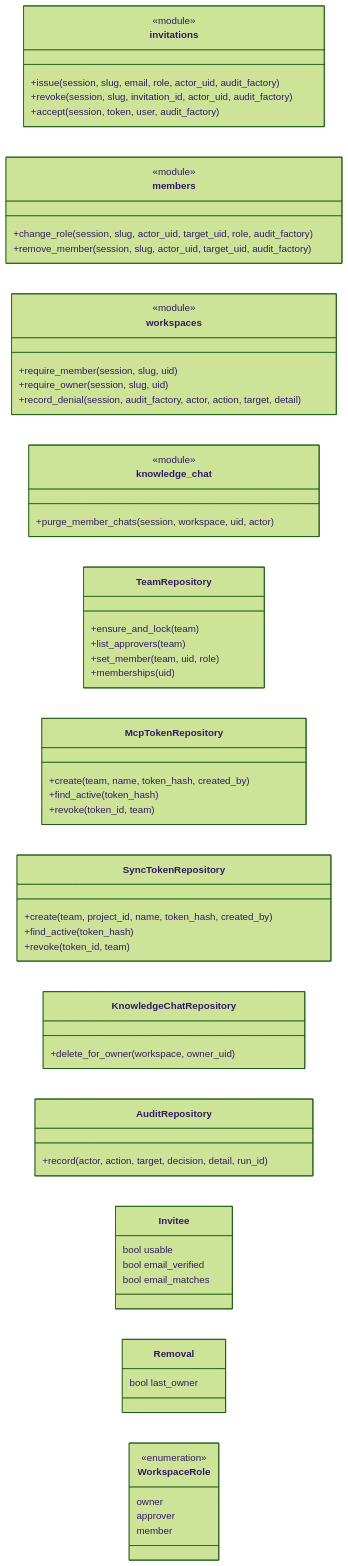
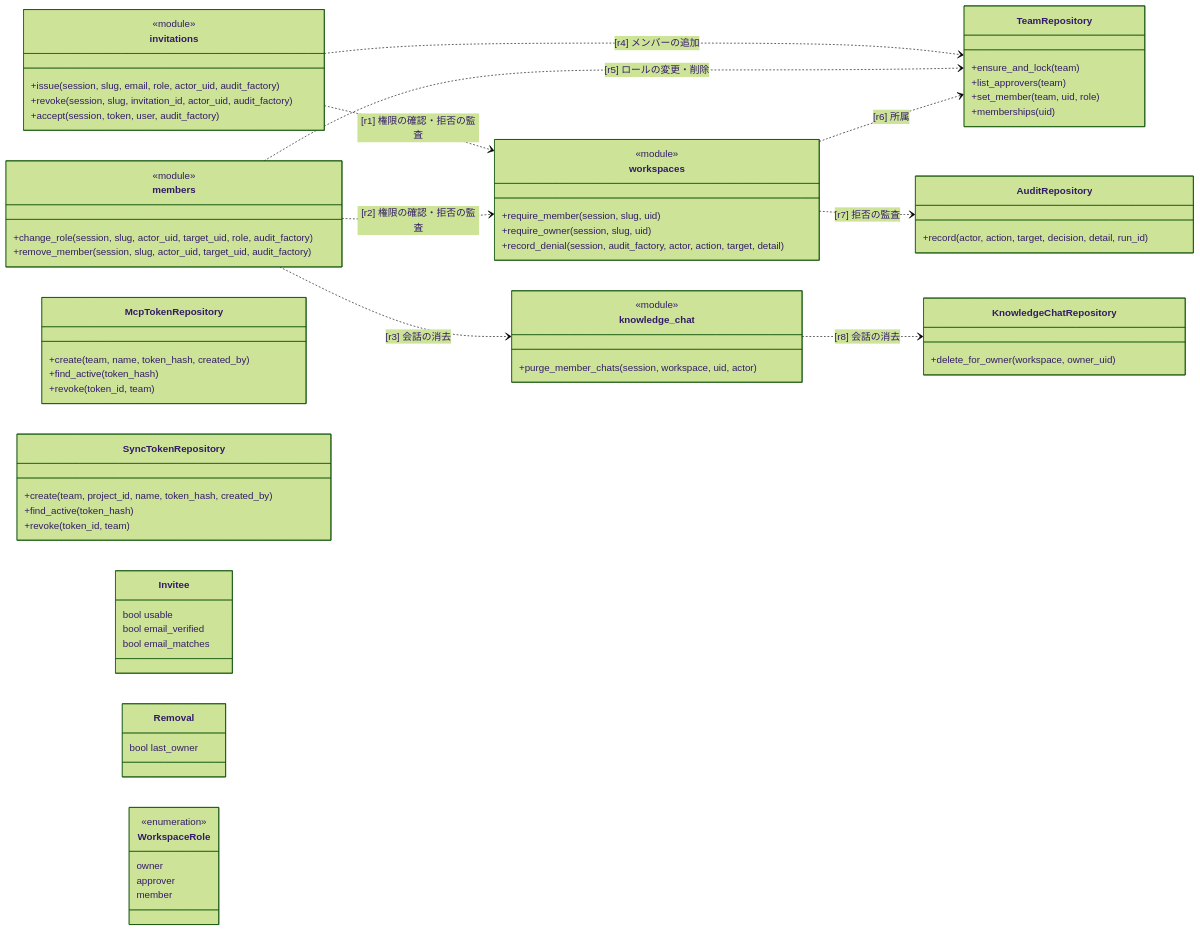
Before and after one commit to tanabe-yudai/speclino: the first of 3 diagrams in .speclino/specs/spec-ws-001.md, drawn with Mermaid (forest theme). The commit also changed other lines of this file and 8 other files, not shown here.

````diff
--- a/.speclino/specs/spec-ws-001.md
+++ b/.speclino/specs/spec-ws-001.md
@@ -54,62 +55,70 @@
 ```mermaid
 %%@ id: ws-vocab
 classDiagram
     direction LR
     class invitations {
         <<module>>
         +issue(session, slug, email, role, actor_uid, audit_factory)
         +revoke(session, slug, invitation_id, actor_uid, audit_factory)
         +accept(session, token, user, audit_factory)
     }
     class members {
         <<module>>
         +change_role(session, slug, actor_uid, target_uid, role, audit_factory)
         +remove_member(session, slug, actor_uid, target_uid, audit_factory)
     }
     class workspaces {
         <<module>>
         +require_member(session, slug, uid)
         +require_owner(session, slug, uid)
         +record_denial(session, audit_factory, actor, action, target, detail)
     }
     class knowledge_chat {
         <<module>>
         +purge_member_chats(session, workspace, uid, actor)
     }
     class TeamRepository {
         +ensure_and_lock(team)
         +list_approvers(team)
         +set_member(team, uid, role)
         +memberships(uid)
     }
     class McpTokenRepository {
         +create(team, name, token_hash, created_by)
         +find_active(token_hash)
         +revoke(token_id, team)
     }
     class SyncTokenRepository {
         +create(team, project_id, name, token_hash, created_by)
         +find_active(token_hash)
         +revoke(token_id, team)
     }
     class KnowledgeChatRepository {
         +delete_for_owner(workspace, owner_uid)
     }
     class AuditRepository {
         +record(actor, action, target, decision, detail, run_id)
     }
     class Invitee {
         bool usable
         bool email_verified
         bool email_matches
     }
     class Removal {
         bool last_owner
     }
     class WorkspaceRole {
         <<enumeration>>
         owner
         approver
         member
     }
+    invitations ..> workspaces : [r1] 権限の確認・拒否の監査
+    members ..> workspaces : [r2] 権限の確認・拒否の監査
+    members ..> knowledge_chat : [r3] 会話の消去
+    invitations ..> TeamRepository : [r4] メンバーの追加
+    members ..> TeamRepository : [r5] ロールの変更・削除
+    workspaces ..> TeamRepository : [r6] 所属
+    workspaces ..> AuditRepository : [r7] 拒否の監査
+    knowledge_chat ..> KnowledgeChatRepository : [r8] 会話の消去
 ```
````
